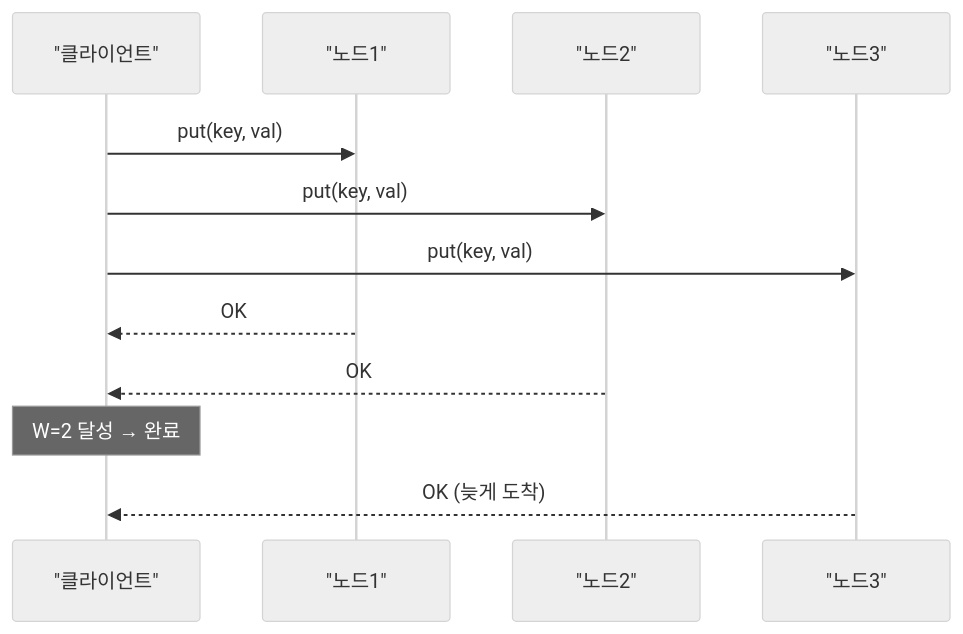
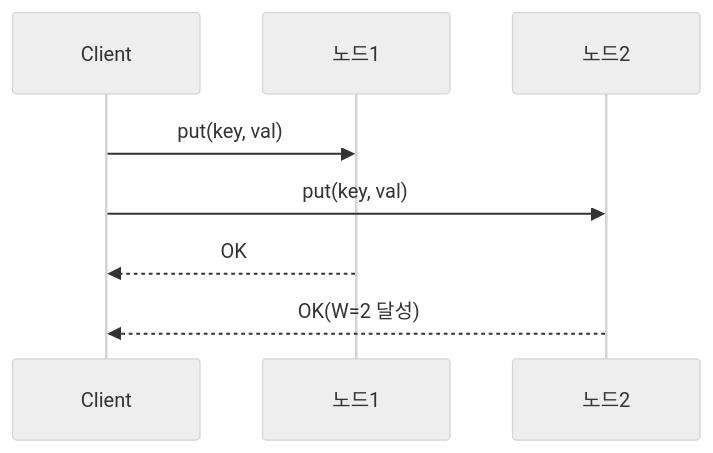
Before and after one commit to yjkim2015/yjkim2015.github.io: the second of 8 diagrams in _posts/systemdesign/2026-05-03-system-design-kv-store.md, drawn with Mermaid (neutral theme). The commit also changed other lines of this file and 155 other files, not shown here.

First line of the commit message:
Mermaid 전면 수정: subgraph 제거, participant/노드/줄수 축소 (342블록)

````diff
--- a/_posts/systemdesign/2026-05-03-system-design-kv-store.md
+++ b/_posts/systemdesign/2026-05-03-system-design-kv-store.md
@@ -136,14 +134,10 @@
 ```mermaid
 sequenceDiagram
-    participant C as "클라이언트"
-    participant N1 as "노드1"
-    participant N2 as "노드2"
-    participant N3 as "노드3"
+    participant C as Client
+    participant N1 as 노드1
+    participant N2 as 노드2
     C->>N1: put(key, val)
     C->>N2: put(key, val)
-    C->>N3: put(key, val)
     N1-->>C: OK
-    N2-->>C: OK
-    Note over C: W=2 달성 → 완료
-    N3-->>C: OK (늦게 도착)
+    N2-->>C: OK(W=2 달성)
 ```
````
